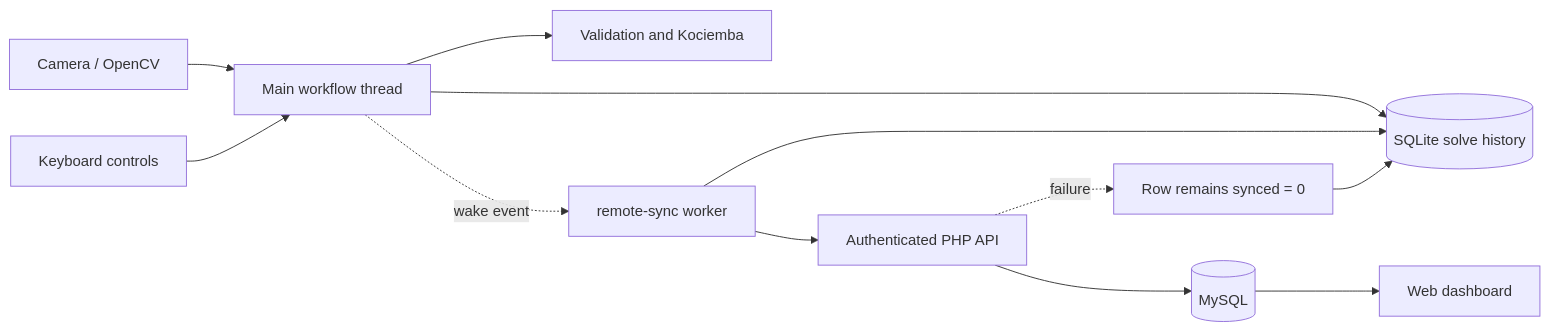
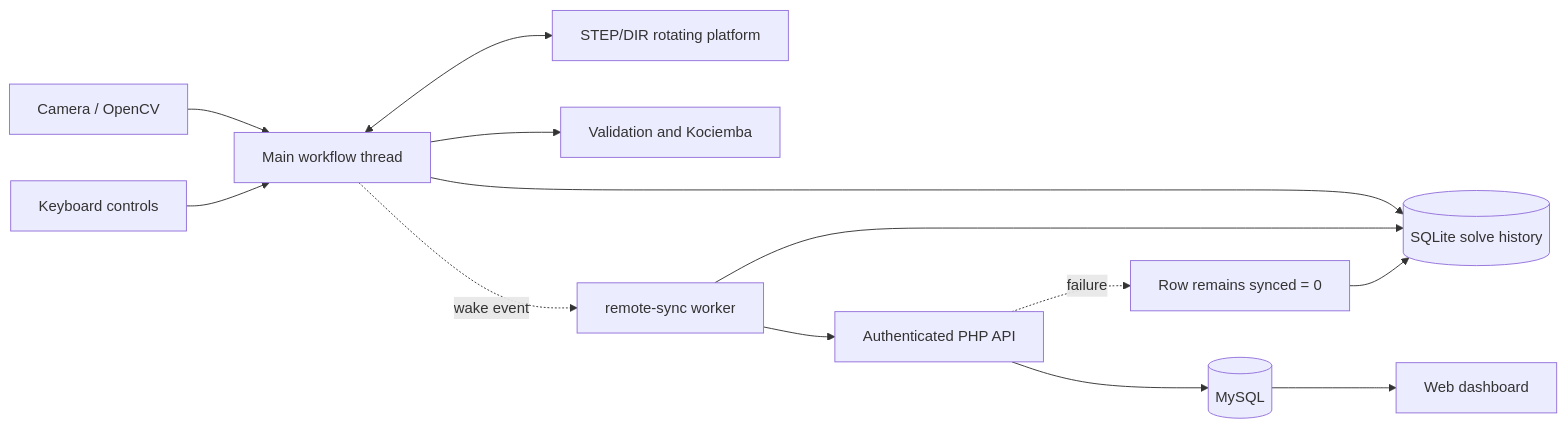
The first of 2 diagrams in docs/architecture.md (hemish-patel5/Rubiks-Cube-Solver), drawn with Mermaid before and after one commit. The commit also changed 8 other files, not shown here.

````diff
--- a/docs/architecture.md
+++ b/docs/architecture.md
@@ -8,14 +8,15 @@
 ```mermaid
 flowchart LR
     Camera[Camera / OpenCV] --> Main[Main workflow thread]
     Keyboard[Keyboard controls] --> Main
+    Main <--> Platform[STEP/DIR rotating platform]
     Main --> Solver[Validation and Kociemba]
     Main --> SQLite[(SQLite solve history)]
     Main -. wake event .-> Worker[remote-sync worker]
     Worker --> SQLite
     Worker --> HTTP[Authenticated PHP API]
     HTTP --> MySQL[(MySQL)]
     MySQL --> Dashboard[Web dashboard]
     HTTP -. failure .-> Pending[Row remains synced = 0]
     Pending --> SQLite
 ```
````
